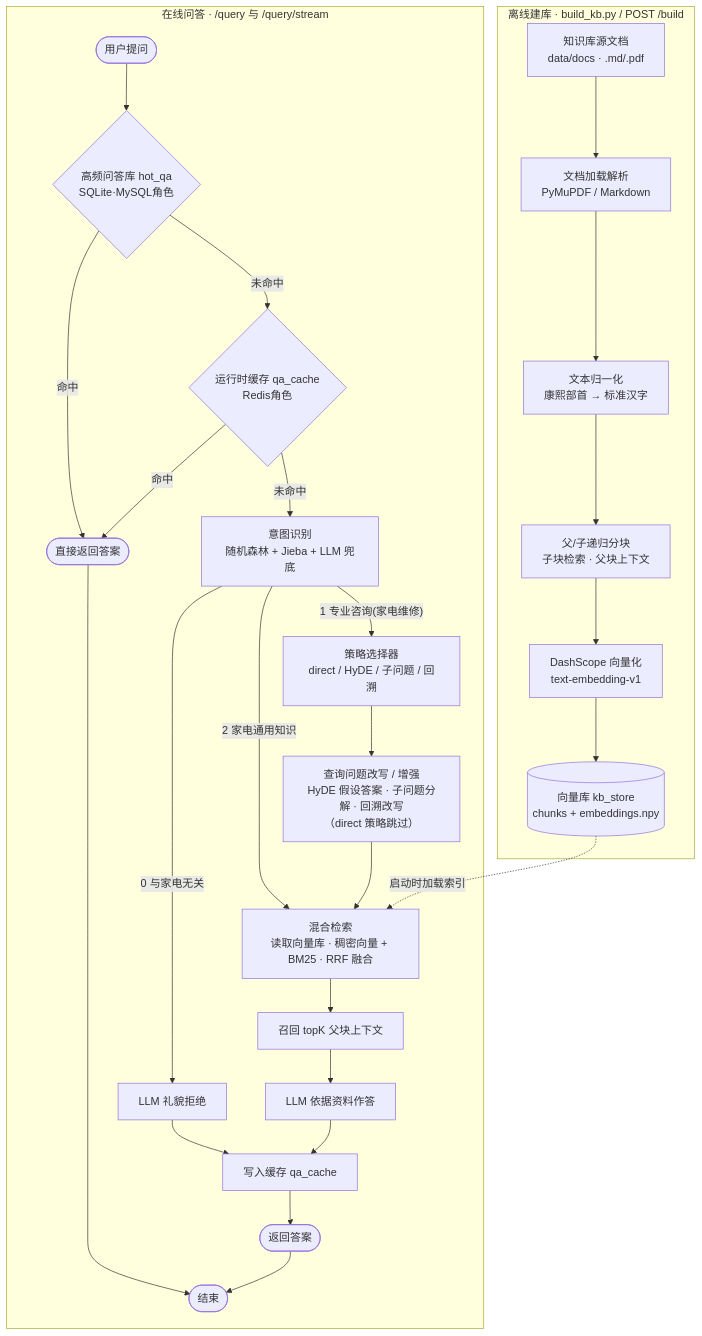
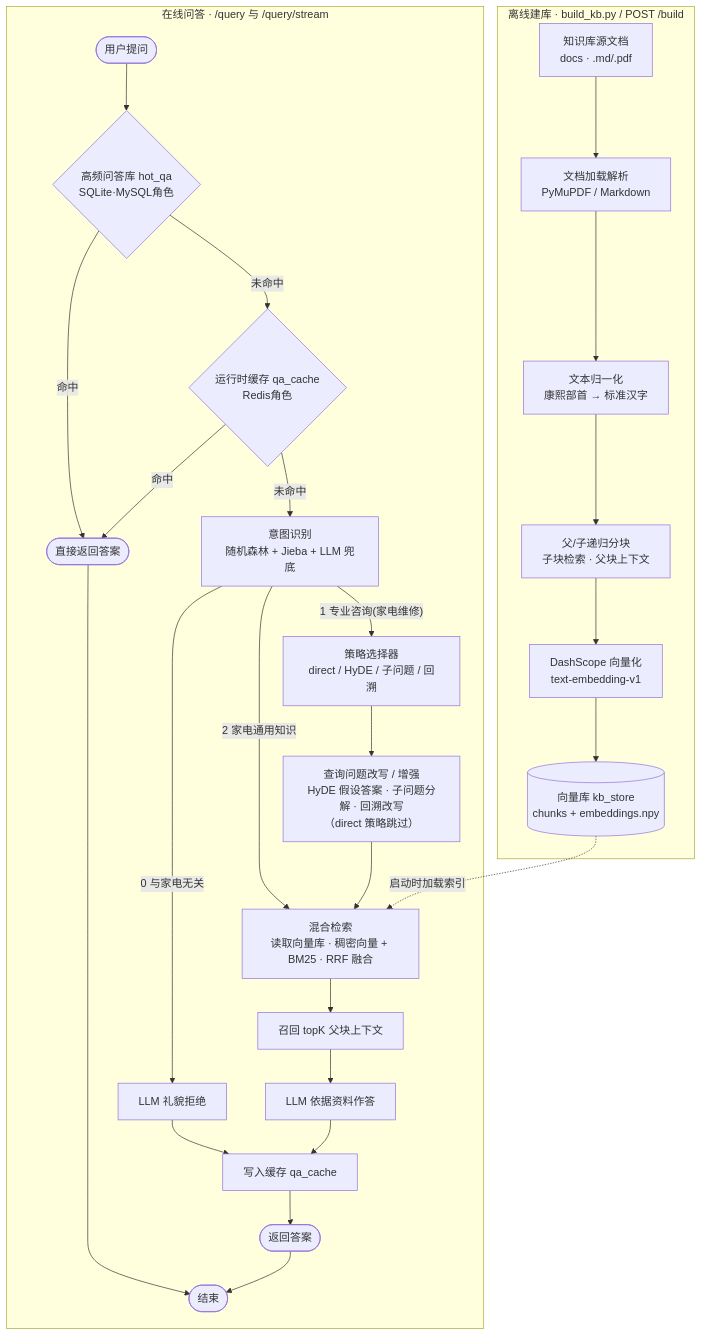
Before and after one commit to Barry-Wuu/FixRAG: the diagram in README.md, drawn with Mermaid. The commit also changed other lines of this file and 10 other files, not shown here.

````diff
--- a/README.md
+++ b/README.md
@@ -93,30 +93,30 @@
 ```mermaid
 flowchart TD
     subgraph OFF[离线建库 · build_kb.py / POST /build]
-        K[知识库源文档<br/>data/docs · .md/.pdf] --> L[文档加载解析<br/>PyMuPDF / Markdown]
+        K[知识库源文档<br/>docs · .md/.pdf] --> L[文档加载解析<br/>PyMuPDF / Markdown]
         L --> M[文本归一化<br/>康熙部首 → 标准汉字]
         M --> N[父/子递归分块<br/>子块检索 · 父块上下文]
         N --> O[DashScope 向量化<br/>text-embedding-v1]
         O --> P[(向量库 kb_store<br/>chunks + embeddings.npy)]
     end
     subgraph ON[在线问答 · /query 与 /query/stream]
         A([用户提问]) --> B{高频问答库 hot_qa<br/>SQLite·MySQL角色}
         B -- 命中 --> R1([直接返回答案])
         B -- 未命中 --> C{运行时缓存 qa_cache<br/>Redis角色}
         C -- 命中 --> R1
         C -- 未命中 --> D[意图识别<br/>随机森林 + Jieba + LLM 兜底]
         D -- 0 与家电无关 --> E[LLM 礼貌拒绝]
         D -- 2 家电通用知识 --> G[LLM 直接作答]
         D -- 1 专业咨询(家电维修) --> F[策略选择器<br/>direct / HyDE / 子问题 / 回溯]
         F --> Q[查询问题改写 / 增强<br/>HyDE 假设答案 · 子问题分解 · 回溯改写<br/>（direct 策略跳过）]
         Q --> G[混合检索<br/>读取向量库 · 稠密向量 + BM25 · RRF 融合]
         G --> H[召回 topK 父块上下文]
         H --> I[LLM 依据资料作答]
         E --> J[写入缓存 qa_cache]
         I --> J
         J --> R2([返回答案])
         R1 --> Z([结束])
         R2 --> Z
     end
     P -. 启动时加载索引 .-> G
 ```
````
